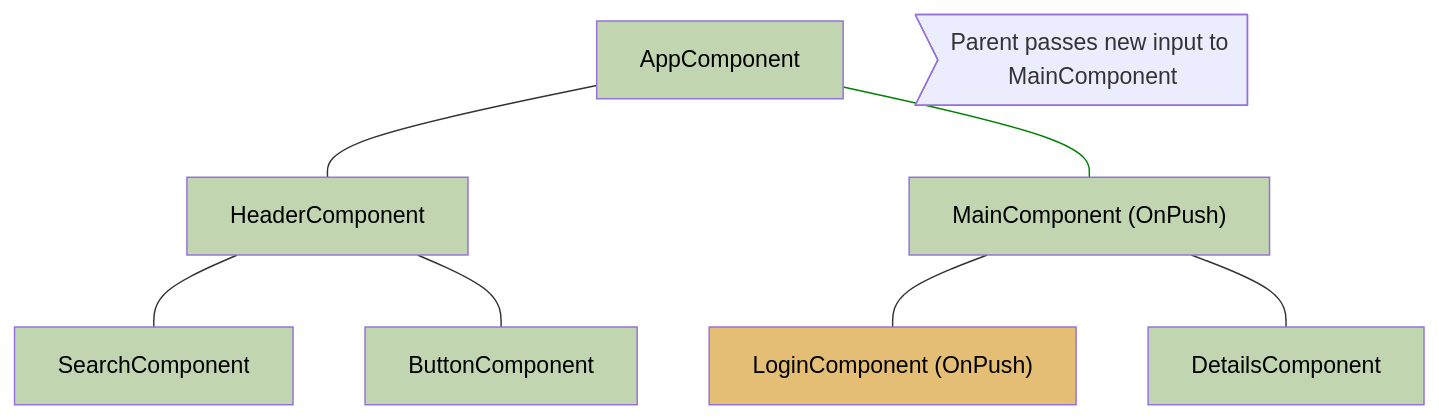
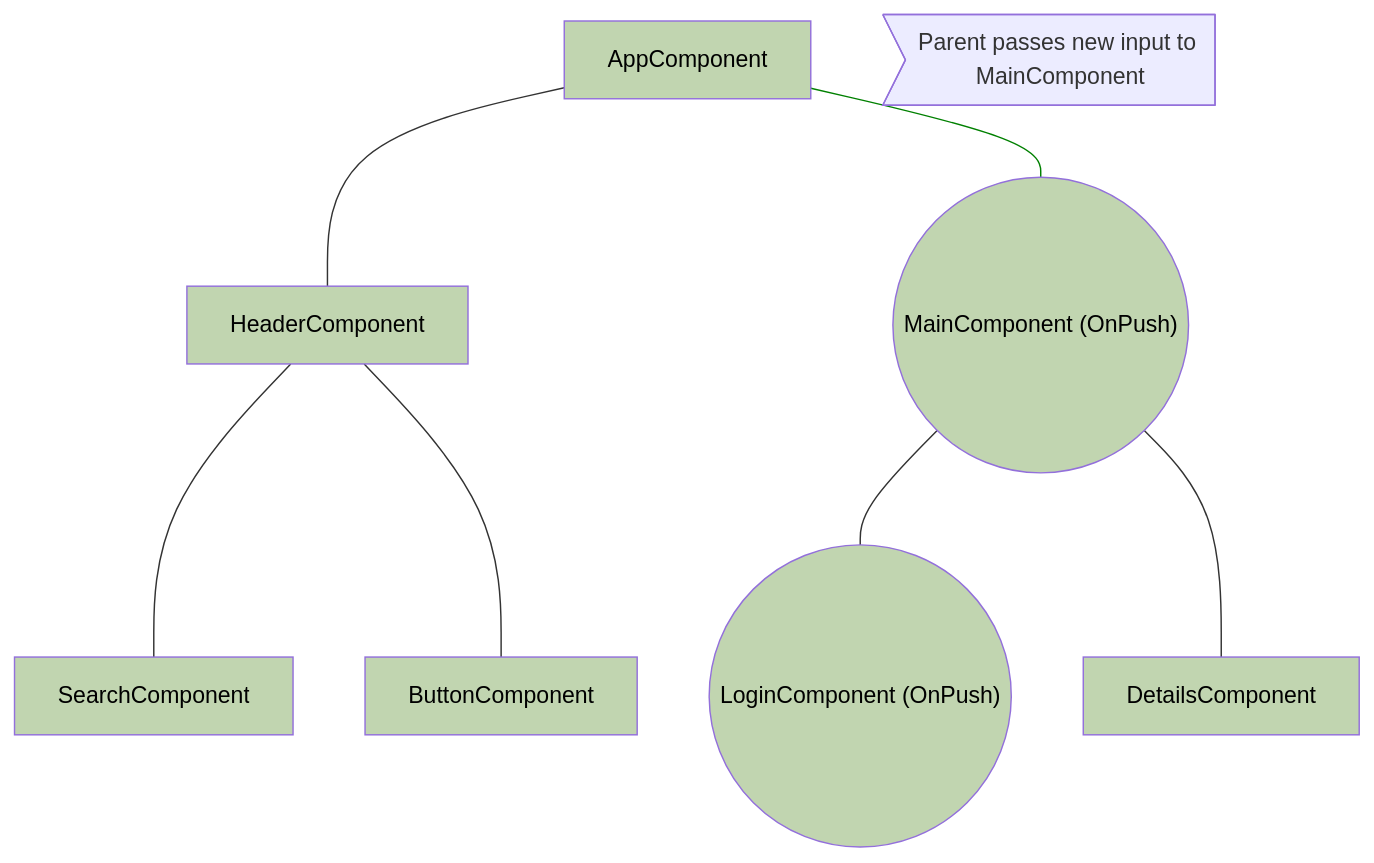
The fourth of 4 diagrams in adev/src/content/best-practices/runtime-performance/skipping-subtrees.md (angular/angular), drawn with Mermaid before and after one commit. The commit also changed other lines of this file, not shown here.

````diff
--- a/adev/src/content/best-practices/runtime-performance/skipping-subtrees.md
+++ b/adev/src/content/best-practices/runtime-performance/skipping-subtrees.md
@@ -113,20 +113,20 @@
 ```mermaid
 graph TD;
     app[AppComponent] --- header[HeaderComponent];
-    app --- main["MainComponent (OnPush)"];
+    app --- main(("MainComponent (OnPush)"));
     header --- search[SearchComponent];
     header --- button[ButtonComponent];
-    main --- login["LoginComponent (OnPush)"];
+    main --- login(("LoginComponent (OnPush)"));
     main --- details[DetailsComponent];
     event>Parent passes new input to MainComponent]
 
-style login fill:#E4BE74,color:#000
+    style login fill:#C1D5B0,color:#000
 
-linkStyle 1 stroke:green
-style app fill:#C1D5B0,color:#000
-style header fill:#C1D5B0,color:#000
-style button fill:#C1D5B0,color:#000
-style search fill:#C1D5B0,color:#000
-style main fill:#C1D5B0,color:#000
-style details fill:#C1D5B0,color:#000
+    linkStyle 1 stroke:green
+    style app fill:#C1D5B0,color:#000
+    style header fill:#C1D5B0,color:#000
+    style button fill:#C1D5B0,color:#000
+    style search fill:#C1D5B0,color:#000
+    style main fill:#C1D5B0,color:#000
+    style details fill:#C1D5B0,color:#000
 ```
````
